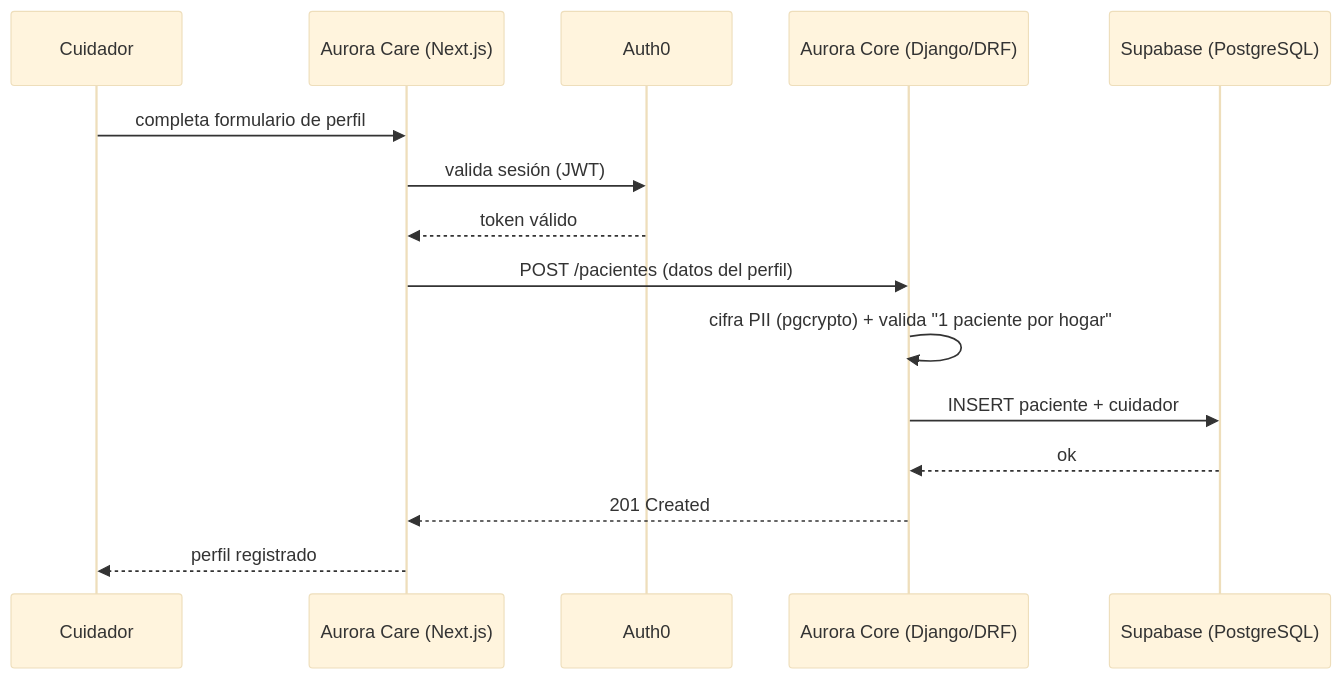
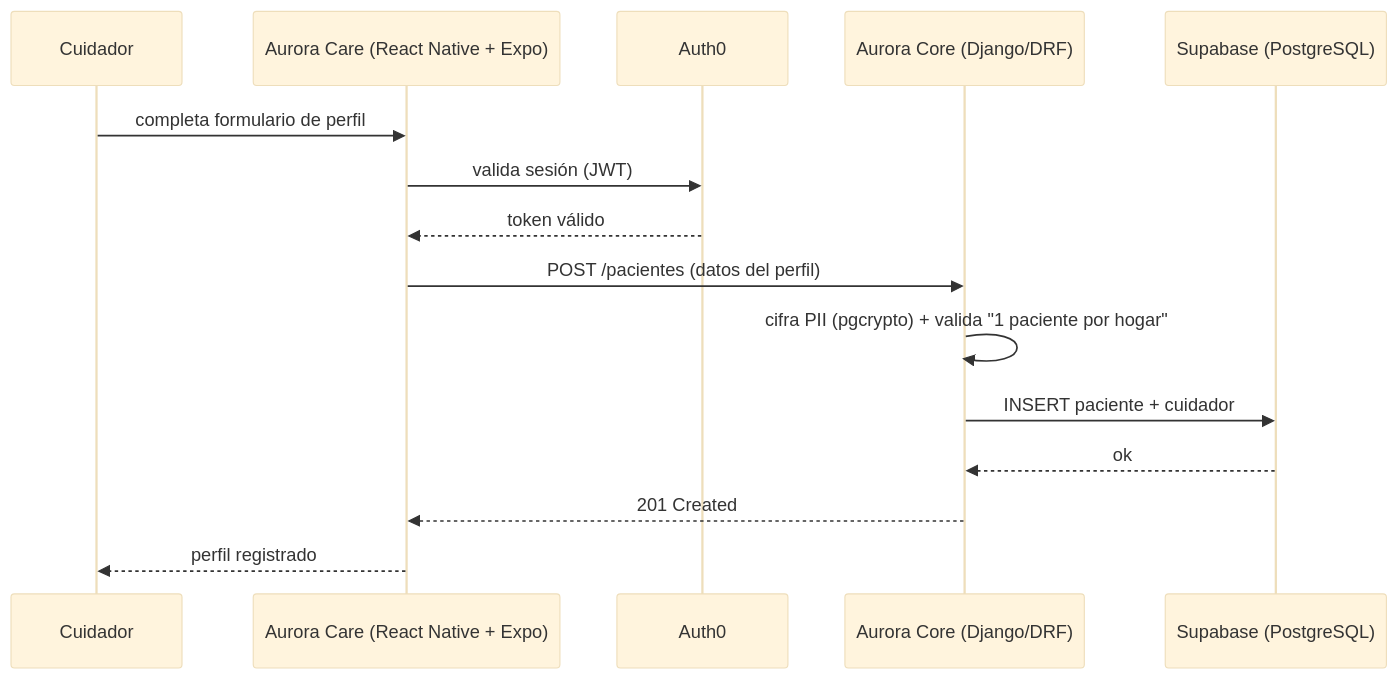
The third of 3 diagrams in Document Hub/Trazabilidad/US 1.1 - Registro de Perfil del Paciente (EJEMPLO).md (NicolasRodeyro/ObsidianAurora), drawn with Mermaid (base theme) before and after one commit. The commit also changed other lines of this file and 11 other files, not shown here.

First line of the commit message:
Alineé la documentación del repo con la decisión oficial de React Native + Expo + TypeScript para Aurora Care.

````diff
--- a/Document Hub/Trazabilidad/US 1.1 - Registro de Perfil del Paciente (EJEMPLO).md
+++ b/Document Hub/Trazabilidad/US 1.1 - Registro de Perfil del Paciente (EJEMPLO).md
@@ -88,17 +88,17 @@
 ```mermaid
 sequenceDiagram
     participant C as Cuidador
-    participant Care as Aurora Care (Next.js)
+    participant Care as Aurora Care (React Native + Expo)
     participant Auth as Auth0
     participant Core as Aurora Core (Django/DRF)
     participant DB as Supabase (PostgreSQL)
     C->>Care: completa formulario de perfil
     Care->>Auth: valida sesión (JWT)
     Auth-->>Care: token válido
     Care->>Core: POST /pacientes (datos del perfil)
     Core->>Core: cifra PII (pgcrypto) + valida "1 paciente por hogar"
     Core->>DB: INSERT paciente + cuidador
     DB-->>Core: ok
     Core-->>Care: 201 Created
     Care-->>C: perfil registrado
 ```
````
